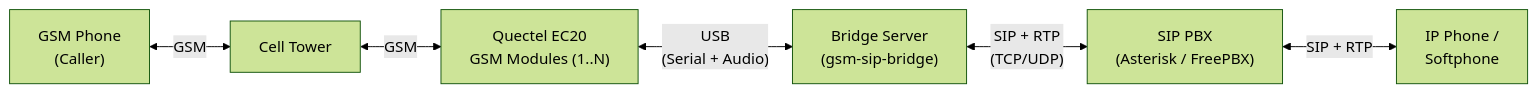
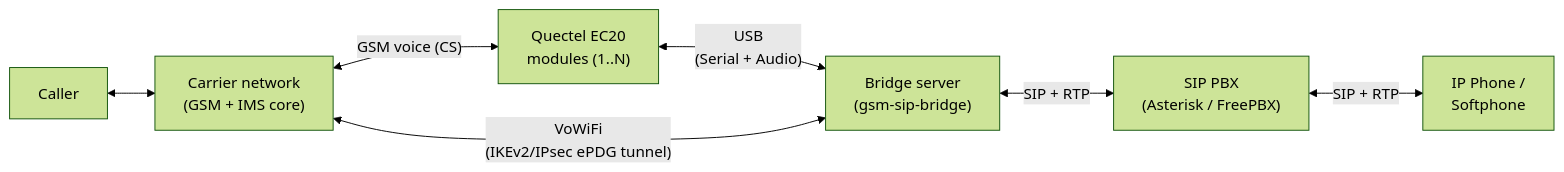
The diagram in README.md (selvakn/gsm-sip-bridge), drawn with Mermaid (forest theme) before and after one commit. The commit also changed other lines of this file and 10 other files, not shown here.

````diff
--- a/README.md
+++ b/README.md
@@ -113,15 +29,16 @@
 ```mermaid
 flowchart LR
-    Phone["GSM Phone<br/>(Caller)"]
-    Tower["Cell Tower"]
-    EC20["Quectel EC20<br/>GSM Modules (1..N)"]
-    Server["Bridge Server<br/>(gsm-sip-bridge)"]
+    Phone["Caller"]
+    Carrier["Carrier network<br/>(GSM + IMS core)"]
+    EC20["Quectel EC20<br/>modules (1..N)"]
+    Server["Bridge server<br/>(gsm-sip-bridge)"]
     PBX["SIP PBX<br/>(Asterisk / FreePBX)"]
     IPPhone["IP Phone /<br/>Softphone"]
 
-    Phone <-->|"GSM"| Tower
-    Tower <-->|"GSM"| EC20
+    Phone <--> Carrier
+    Carrier <-->|"GSM voice (CS)"| EC20
     EC20 <-->|"USB<br/>(Serial + Audio)"| Server
-    Server <-->|"SIP + RTP<br/>(TCP/UDP)"| PBX
+    Carrier <-->|"VoWiFi<br/>(IKEv2/IPsec ePDG tunnel)"| Server
+    Server <-->|"SIP + RTP"| PBX
     PBX <-->|"SIP + RTP"| IPPhone
 ```
````
